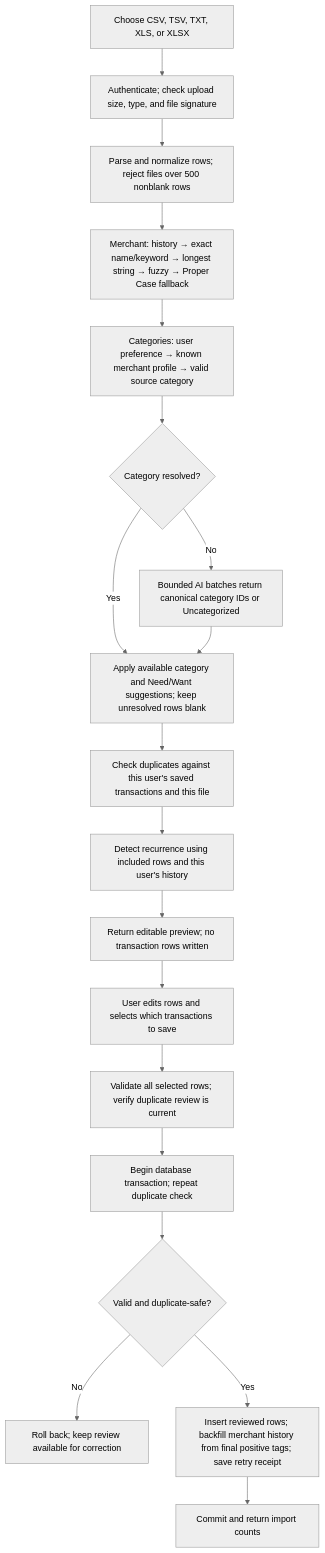
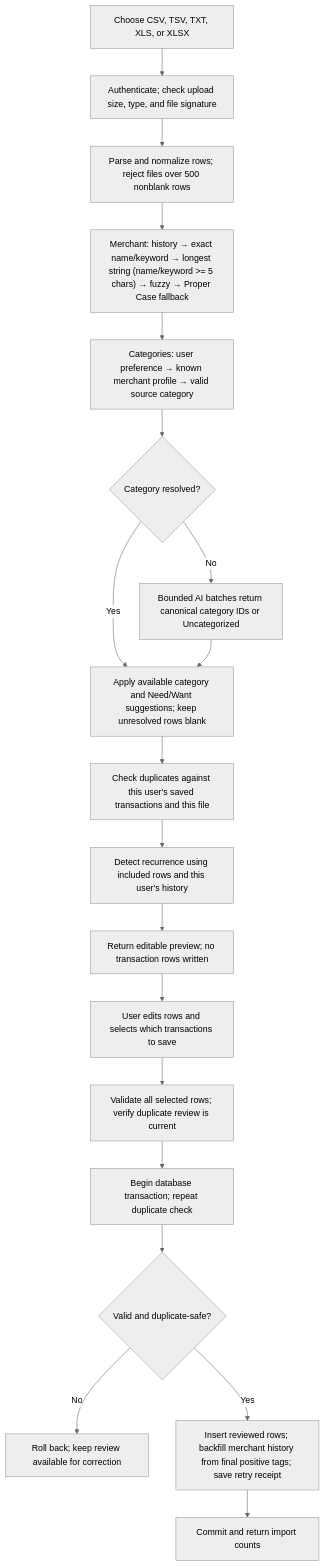
Before and after one commit to kapiltayal/FinVision360: the first of 3 diagrams in docs/Transaction_ingestion_&_processing.md, drawn with Mermaid (neutral theme). The commit also changed other lines of this file and 2 other files, not shown here.

First line of the commit message:
Update merchant identity fallbacks and database documentation

````diff
--- a/docs/Transaction_ingestion_&_processing.md
+++ b/docs/Transaction_ingestion_&_processing.md
@@ -50,21 +50,21 @@
 ```mermaid
 flowchart TD
     A["Choose CSV, TSV, TXT, XLS, or XLSX"] --> B["Authenticate; check upload size, type, and file signature"]
     B --> C["Parse and normalize rows; reject files over 500 nonblank rows"]
-    C --> D["Merchant: history → exact name/keyword → longest string → fuzzy → Proper Case fallback"]
+    C --> D["Merchant: history → exact name/keyword → longest string (name/keyword >= 5 chars) → fuzzy → Proper Case fallback"]
     D --> D1["Categories: user preference → known merchant profile → valid source category"]
     D1 --> E{"Category resolved?"}
     E -- "Yes" --> G["Apply available category and Need/Want suggestions; keep unresolved rows blank"]
     E -- "No" --> F["Bounded AI batches return canonical category IDs or Uncategorized"]
     F --> G
     G --> H["Check duplicates against this user's saved transactions and this file"]
     H --> H1["Detect recurrence using included rows and this user's history"]
     H1 --> I["Return editable preview; no transaction rows written"]
     I --> J["User edits rows and selects which transactions to save"]
     J --> K["Validate all selected rows; verify duplicate review is current"]
     K --> L["Begin database transaction; repeat duplicate check"]
     L --> M{"Valid and duplicate-safe?"}
     M -- "No" --> N["Roll back; keep review available for correction"]
     M -- "Yes" --> O["Insert reviewed rows; backfill merchant history from final positive tags; save retry receipt"]
     O --> P["Commit and return import counts"]
 ```
````
